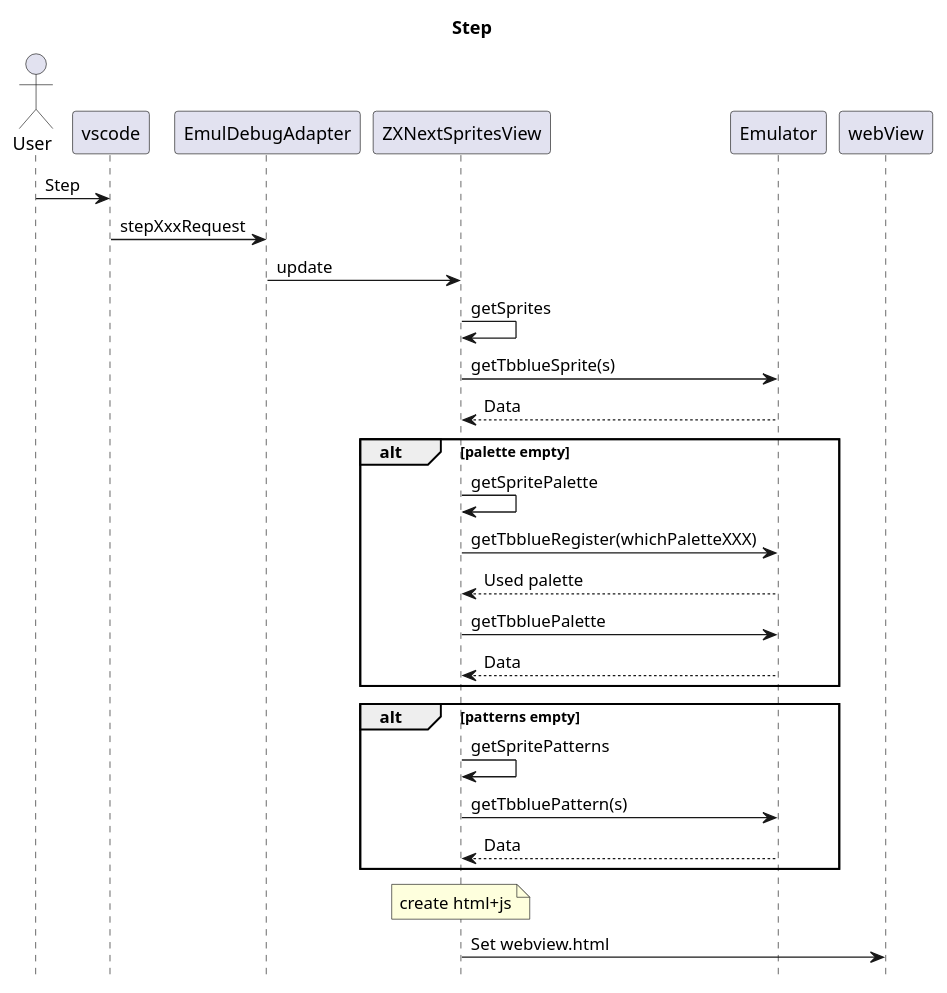
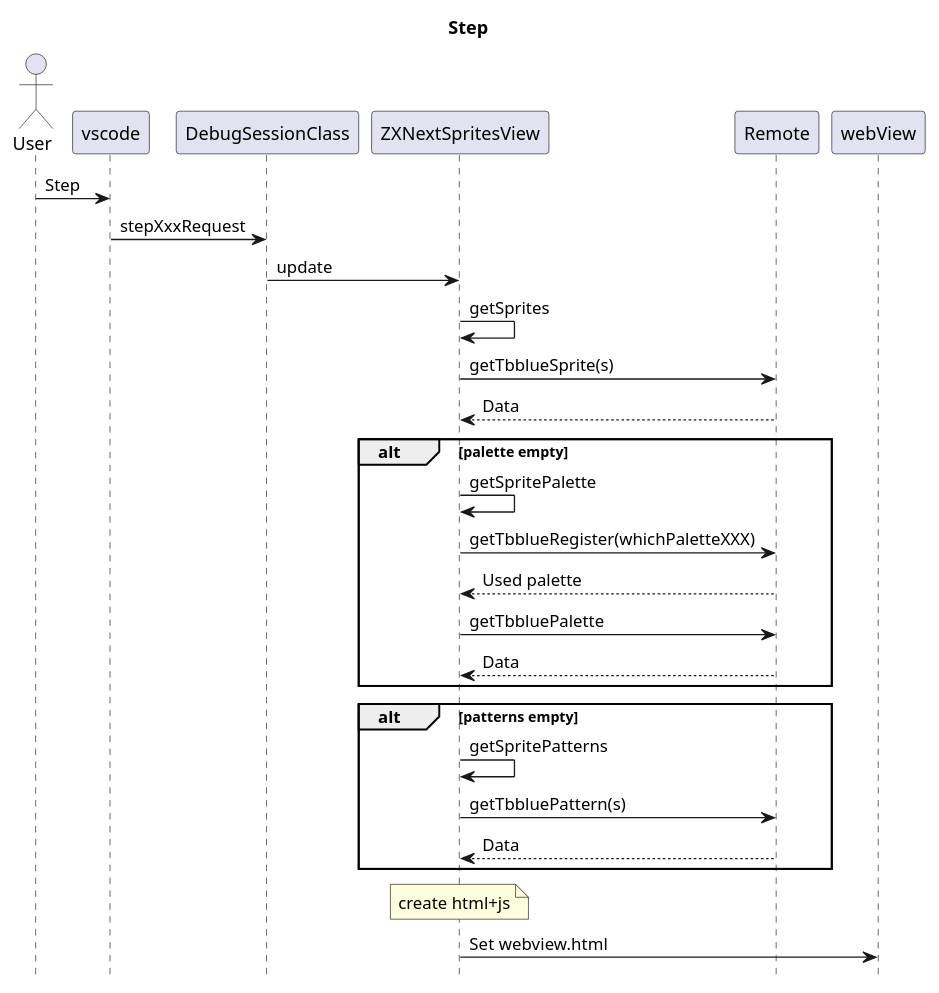
Before and after one commit to maziac/DeZog: the fourth of 9 diagrams in design/design.md, drawn with PlantUML. The commit also changed other lines of this file and 3 other files, not shown here.

````diff
--- a/design/design.md
+++ b/design/design.md
@@ -295,25 +281,25 @@
 ```puml
 hide footbox
 title Step
 actor User
 User -> vscode: Step
-vscode -> EmulDebugAdapter: stepXxxRequest
-EmulDebugAdapter -> ZXNextSpritesView: update
+vscode -> DebugSessionClass: stepXxxRequest
+DebugSessionClass -> ZXNextSpritesView: update
 ZXNextSpritesView -> ZXNextSpritesView: getSprites
-ZXNextSpritesView -> Emulator: getTbblueSprite(s)
-ZXNextSpritesView <-- Emulator: Data
+ZXNextSpritesView -> Remote: getTbblueSprite(s)
+ZXNextSpritesView <-- Remote: Data
 alt palette empty
     ZXNextSpritesView -> ZXNextSpritesView: getSpritePalette
-    ZXNextSpritesView -> Emulator: getTbblueRegister(whichPaletteXXX)
-    ZXNextSpritesView <-- Emulator: Used palette
-    ZXNextSpritesView -> Emulator: getTbbluePalette
-    ZXNextSpritesView <-- Emulator: Data
+    ZXNextSpritesView -> Remote: getTbblueRegister(whichPaletteXXX)
+    ZXNextSpritesView <-- Remote: Used palette
+    ZXNextSpritesView -> Remote: getTbbluePalette
+    ZXNextSpritesView <-- Remote: Data
 end
 alt patterns empty
     ZXNextSpritesView -> ZXNextSpritesView: getSpritePatterns
-    ZXNextSpritesView -> Emulator: getTbbluePattern(s)
-    ZXNextSpritesView <-- Emulator: Data
+    ZXNextSpritesView -> Remote: getTbbluePattern(s)
+    ZXNextSpritesView <-- Remote: Data
 end
 note over ZXNextSpritesView: create html+js
 ZXNextSpritesView -> webView: Set webview.html
 ```
````
